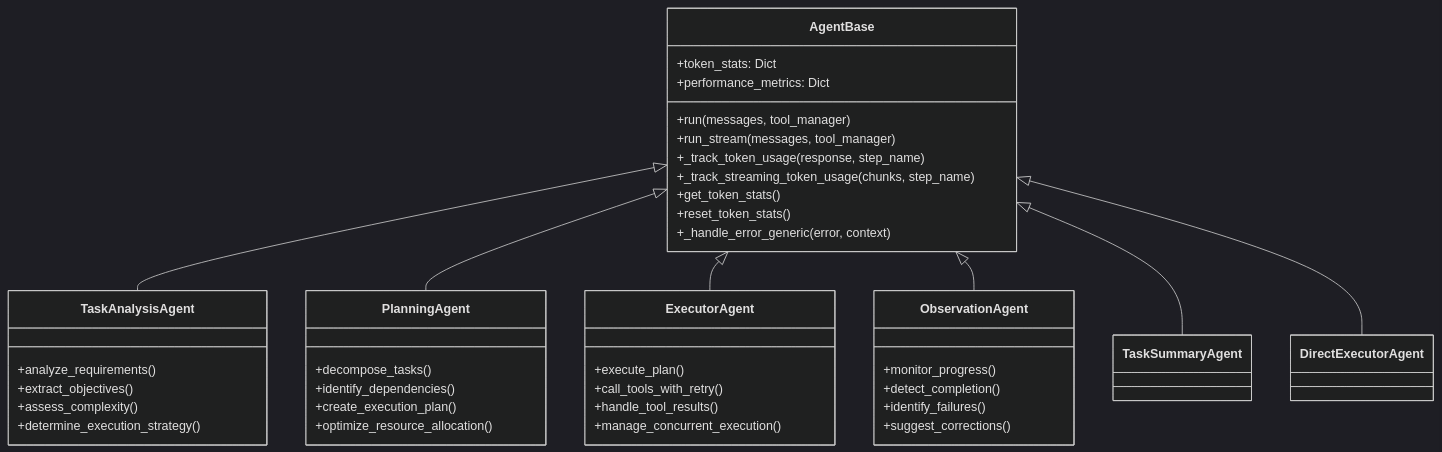
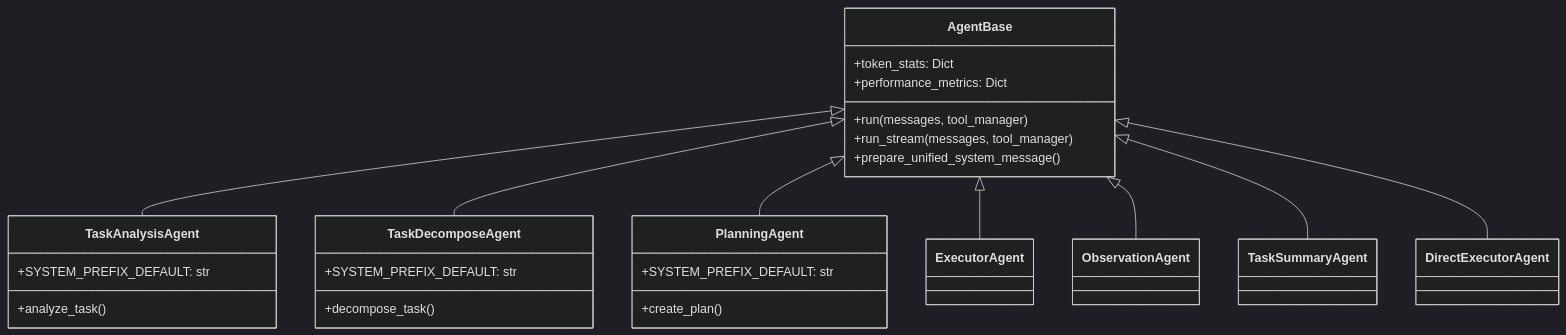
Before and after one commit to baller/SuperTravelAgent: the second of 7 diagrams in docs/ARCHITECTURE.md, drawn with Mermaid (dark theme). The commit also changed other lines of this file and 1 other file, not shown here.

Commit message:
Update documentation to v0.9, introducing Task Decompose Agent and unified system context management. Enhanced workflow and API interfaces, improving token tracking and monitoring features. Updated quick start guide for better user experience.

````diff
--- a/docs/ARCHITECTURE.md
+++ b/docs/ARCHITECTURE.md
@@ -188,49 +194,33 @@
 ```mermaid
 classDiagram
     AgentBase <|-- TaskAnalysisAgent
+    AgentBase <|-- TaskDecomposeAgent
     AgentBase <|-- PlanningAgent
     AgentBase <|-- ExecutorAgent
     AgentBase <|-- ObservationAgent
     AgentBase <|-- TaskSummaryAgent
     AgentBase <|-- DirectExecutorAgent
     
     class AgentBase {
         +token_stats: Dict
         +performance_metrics: Dict
         +run(messages, tool_manager)
         +run_stream(messages, tool_manager)
-        +_track_token_usage(response, step_name)
-        +_track_streaming_token_usage(chunks, step_name)
-        +get_token_stats()
-        +reset_token_stats()
-        +_handle_error_generic(error, context)
+        +prepare_unified_system_message()
     }
     
     class TaskAnalysisAgent {
-        +analyze_requirements()
-        +extract_objectives()
-        +assess_complexity()
-        +determine_execution_strategy()
+        +SYSTEM_PREFIX_DEFAULT: str
+        +analyze_task()
+    }
+    
+    class TaskDecomposeAgent {
+        +SYSTEM_PREFIX_DEFAULT: str
+        +decompose_task()
     }
     
     class PlanningAgent {
-        +decompose_tasks()
-        +identify_dependencies()
-        +create_execution_plan()
-        +optimize_resource_allocation()
-    }
-    
-    class ExecutorAgent {
-        +execute_plan()
-        +call_tools_with_retry()
-        +handle_tool_results()
-        +manage_concurrent_execution()
-    }
-    
-    class ObservationAgent {
-        +monitor_progress()
-        +detect_completion()
-        +identify_failures()
-        +suggest_corrections()
+        +SYSTEM_PREFIX_DEFAULT: str
+        +create_plan()
     }
 ```
````
